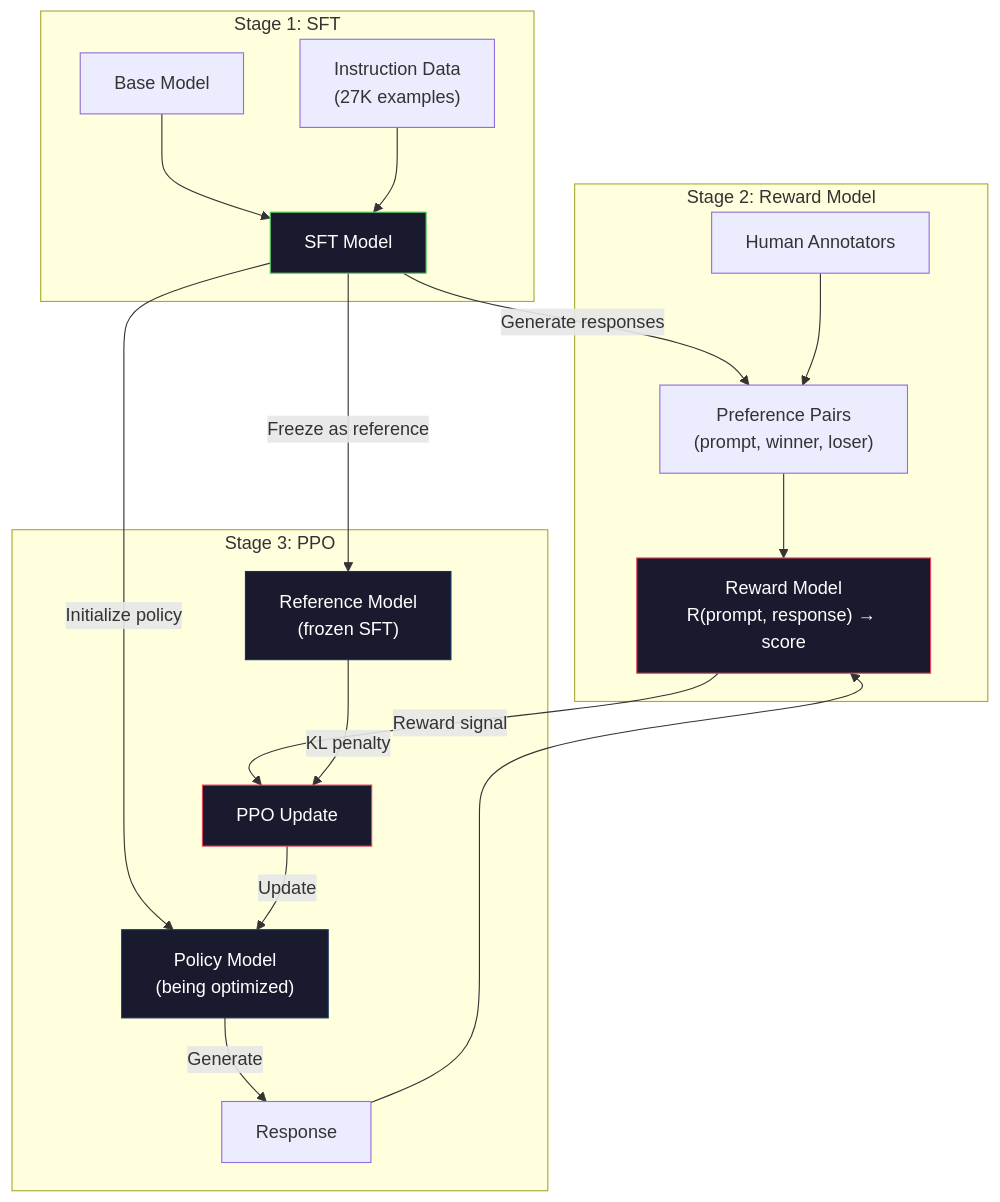
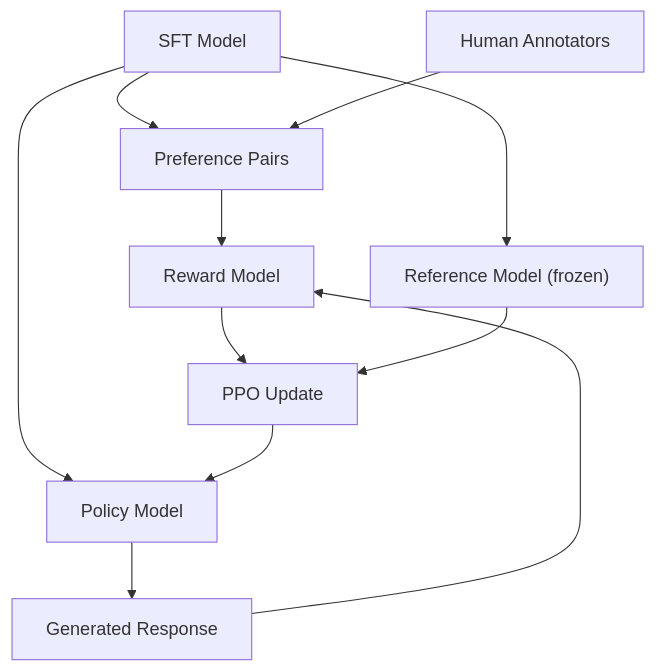
Before and after one commit to ChoBazzi/ai-engineering-from-scratch: the diagram in phases/10-llms-from-scratch/07-rlhf/docs/en.md, drawn with Mermaid. The commit also changed other lines of this file and 868 other files, not shown here.

````diff
--- a/phases/10-llms-from-scratch/07-rlhf/docs/en.md
+++ b/phases/10-llms-from-scratch/07-rlhf/docs/en.md
@@ -43,29 +37,13 @@
 ```mermaid
 graph TD
-    subgraph Stage1["Stage 1: SFT"]
-        B["Base Model"] --> S["SFT Model"]
-        D["Instruction Data\n(27K examples)"] --> S
-    end
-
-    subgraph Stage2["Stage 2: Reward Model"]
-        S --> |"Generate responses"| P["Preference Pairs\n(prompt, winner, loser)"]
-        H["Human Annotators"] --> P
-        P --> R["Reward Model\nR(prompt, response) → score"]
-    end
-
-    subgraph Stage3["Stage 3: PPO"]
-        S --> |"Initialize policy"| PI["Policy Model\n(being optimized)"]
-        S --> |"Freeze as reference"| REF["Reference Model\n(frozen SFT)"]
-        PI --> |"Generate"| RESP["Response"]
-        RESP --> R
-        R --> |"Reward signal"| PPO["PPO Update"]
-        REF --> |"KL penalty"| PPO
-        PPO --> |"Update"| PI
-    end
-
-    style S fill:#1a1a2e,stroke:#51cf66,color:#fff
-    style R fill:#1a1a2e,stroke:#e94560,color:#fff
-    style PI fill:#1a1a2e,stroke:#0f3460,color:#fff
-    style REF fill:#1a1a2e,stroke:#0f3460,color:#fff
-    style PPO fill:#1a1a2e,stroke:#e94560,color:#fff
+    SFT["SFT Model"] --> RM_DATA["Preference Pairs"]
+    HUM["Human Annotators"] --> RM_DATA
+    RM_DATA --> RM["Reward Model"]
+    SFT --> REF["Reference Model (frozen)"]
+    SFT --> POL["Policy Model"]
+    POL --> RESP["Generated Response"]
+    RESP --> RM
+    RM --> PPO["PPO Update"]
+    REF --> PPO
+    PPO --> POL
 ```
````
